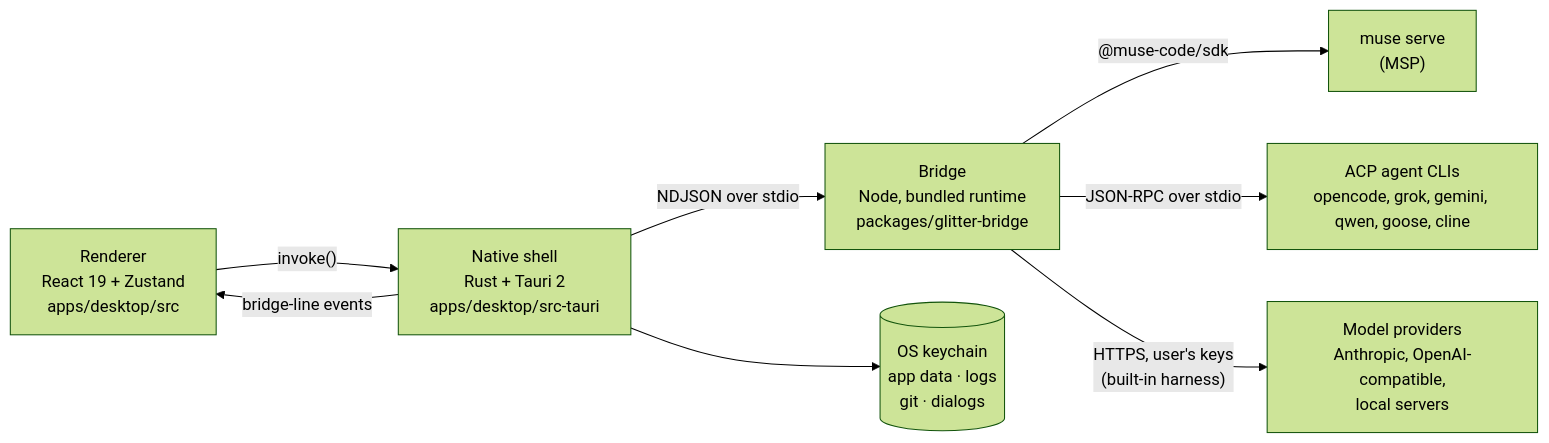
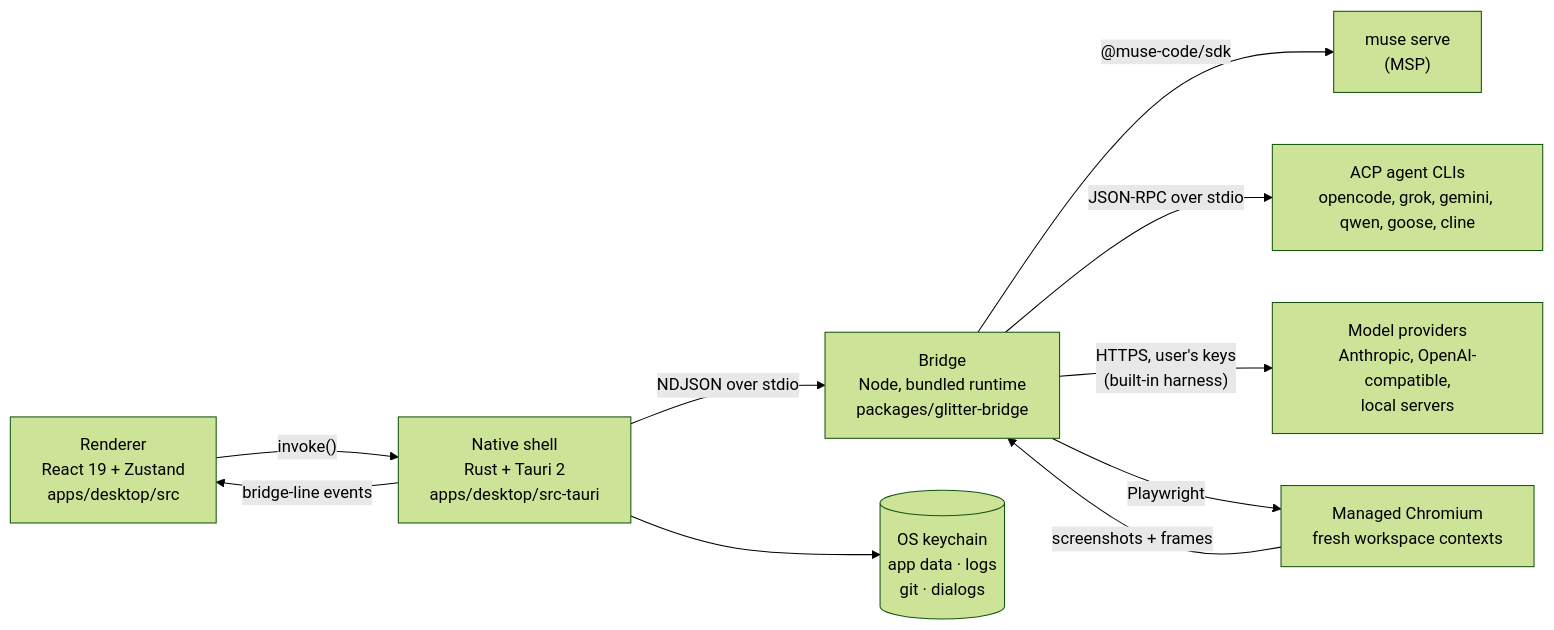
Before and after one commit to srikantmehra57/Glitter: the diagram in docs/ARCHITECTURE.md, drawn with Mermaid (forest theme). The commit also changed other lines of this file and 104 other files, not shown here.

````diff
--- a/docs/ARCHITECTURE.md
+++ b/docs/ARCHITECTURE.md
@@ -15,18 +15,21 @@
 ```mermaid
 flowchart LR
   UI["Renderer<br/>React 19 + Zustand<br/>apps/desktop/src"]
   Shell["Native shell<br/>Rust + Tauri 2<br/>apps/desktop/src-tauri"]
   Bridge["Bridge<br/>Node, bundled runtime<br/>packages/glitter-bridge"]
   Muse["muse serve<br/>(MSP)"]
   ACP["ACP agent CLIs<br/>opencode, grok, gemini, qwen, goose, cline"]
   Providers["Model providers<br/>Anthropic, OpenAI-compatible,<br/>local servers"]
+  Browser["Managed Chromium<br/>fresh workspace contexts"]
   OS[("OS keychain<br/>app data · logs<br/>git · dialogs")]
 
   UI -- "invoke()" --> Shell
   Shell -- "bridge-line events" --> UI
   Shell -- "NDJSON over stdio" --> Bridge
   Bridge -- "@muse-code/sdk" --> Muse
   Bridge -- "JSON-RPC over stdio" --> ACP
   Bridge -- "HTTPS, user's keys<br/>(built-in harness)" --> Providers
+  Bridge -- "Playwright" --> Browser
+  Browser -- "screenshots + frames" --> Bridge
   Shell --> OS
 ```
````
